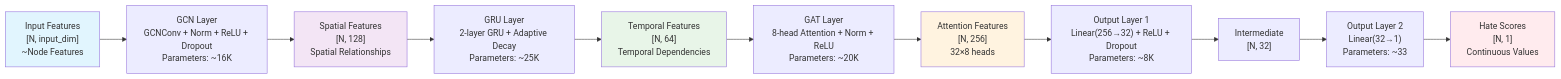
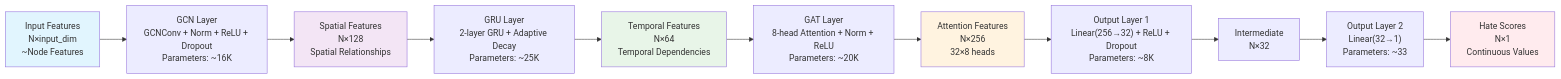
Before and after one commit to HarlanAlternative/Hate_TGNN: the second of 3 diagrams in tgnn_analysis_en.md, drawn with Mermaid. The commit also changed other lines of this file and 1 other file, not shown here.

Commit message:
Fix Mermaid diagram syntax - replace square brackets with multiplication symbols

````diff
--- a/tgnn_analysis_en.md
+++ b/tgnn_analysis_en.md
@@ -93,19 +93,19 @@
 ```mermaid
 graph LR
-    A["Input Features<br/>[N, input_dim]<br/>~Node Features"] --> B["GCN Layer<br/>GCNConv + Norm + ReLU + Dropout<br/>Parameters: ~16K"]
-    B --> C["Spatial Features<br/>[N, 128]<br/>Spatial Relationships"]
+    A["Input Features<br/>N×input_dim<br/>~Node Features"] --> B["GCN Layer<br/>GCNConv + Norm + ReLU + Dropout<br/>Parameters: ~16K"]
+    B --> C["Spatial Features<br/>N×128<br/>Spatial Relationships"]
     C --> D["GRU Layer<br/>2-layer GRU + Adaptive Decay<br/>Parameters: ~25K"]
-    D --> E["Temporal Features<br/>[N, 64]<br/>Temporal Dependencies"]
+    D --> E["Temporal Features<br/>N×64<br/>Temporal Dependencies"]
     E --> F["GAT Layer<br/>8-head Attention + Norm + ReLU<br/>Parameters: ~20K"]
-    F --> G["Attention Features<br/>[N, 256]<br/>32×8 heads"]
+    F --> G["Attention Features<br/>N×256<br/>32×8 heads"]
     G --> H["Output Layer 1<br/>Linear(256→32) + ReLU + Dropout<br/>Parameters: ~8K"]
-    H --> I["Intermediate<br/>[N, 32]"]
+    H --> I["Intermediate<br/>N×32"]
     I --> J["Output Layer 2<br/>Linear(32→1)<br/>Parameters: ~33"]
-    J --> K["Hate Scores<br/>[N, 1]<br/>Continuous Values"]
+    J --> K["Hate Scores<br/>N×1<br/>Continuous Values"]
     
     style A fill:#e1f5fe
     style C fill:#f3e5f5
     style E fill:#e8f5e8
     style G fill:#fff3e0
     style K fill:#ffebee
 ```
````
